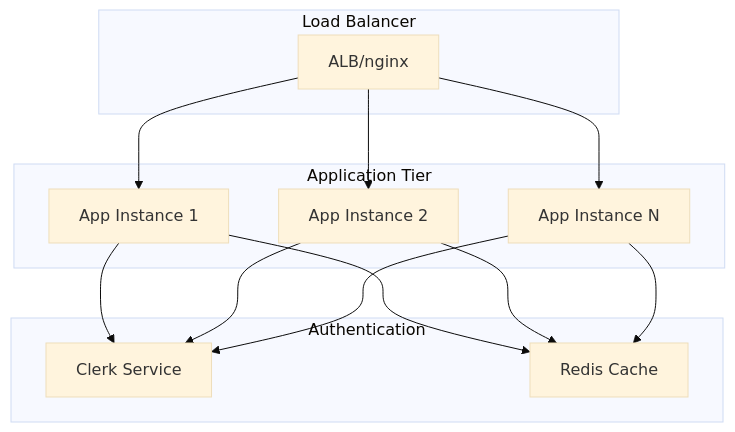
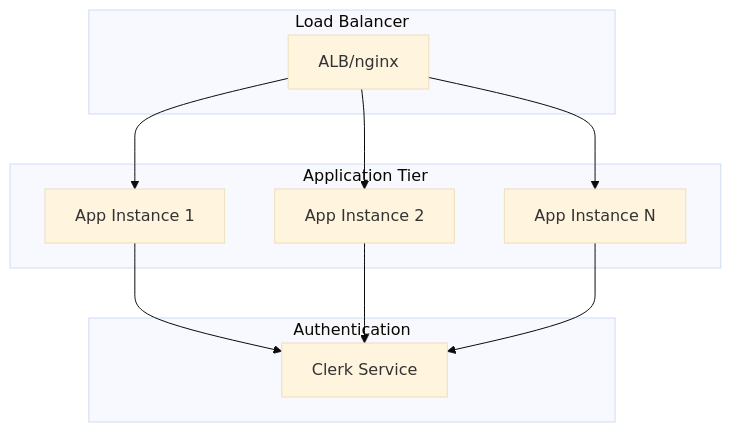
One commit to NguyenThanhHungDev140503/TheShoeBolt changed the seventh of 11 diagrams in doc/markdown/AuthClerk/Bao-Cao-Phan-Tich-Quan-He-Module-Sau-Tai-Cau-Truc.md. Above: the diagram before and after it, drawn with Mermaid (base theme). The commit also changed other lines of this file and 7 other files, not shown here.

````diff
--- a/doc/markdown/AuthClerk/Bao-Cao-Phan-Tich-Quan-He-Module-Sau-Tai-Cau-Truc.md
+++ b/doc/markdown/AuthClerk/Bao-Cao-Phan-Tich-Quan-He-Module-Sau-Tai-Cau-Truc.md
@@ -1056,29 +997,24 @@
 ```mermaid
 graph TB
     subgraph "Load Balancer"
         LB[ALB/nginx]
     end
     
     subgraph "Application Tier"
         A1[App Instance 1]
         A2[App Instance 2]
         A3[App Instance N]
     end
     
     subgraph "Authentication"
         CS[Clerk Service]
-        CACHE[Redis Cache]
     end
     
     LB --> A1
     LB --> A2
     LB --> A3
     
     A1 --> CS
     A2 --> CS
     A3 --> CS
-    
-    A1 --> CACHE
-    A2 --> CACHE
-    A3 --> CACHE
 ```
````
